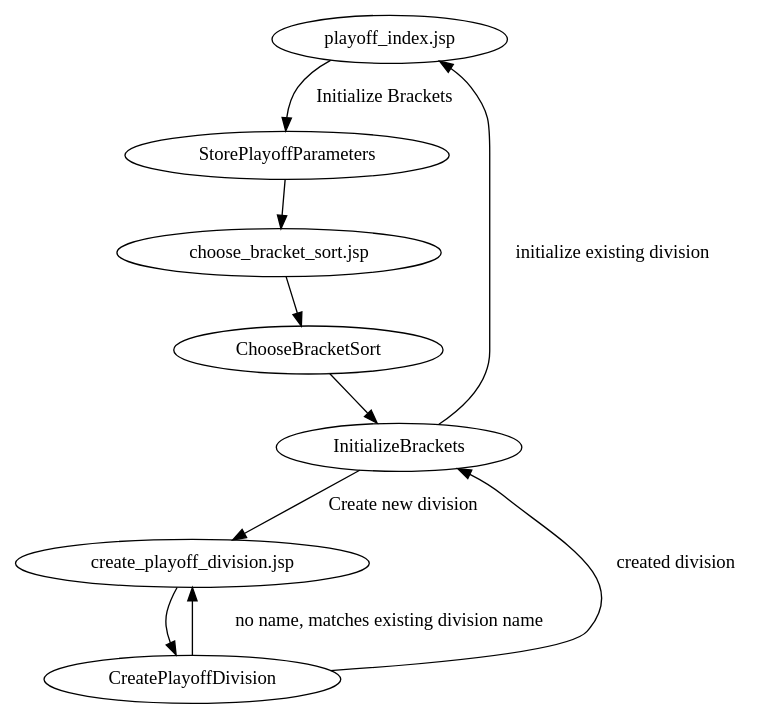
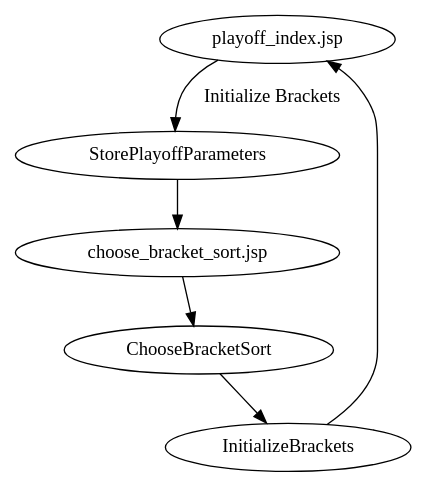
One commit to jpschewe/fll-sw changed the diagram in scoring/docs/workflows/initialize-playoff-bracket.dot. Above: the diagram before and after it, drawn with Graphviz. The commit also changed 17 other files, not shown here.

First line of the commit message:
Separate creating playoff brackets from initializing playoff brackets

```diff
--- a/scoring/docs/workflows/initialize-playoff-bracket.dot
+++ b/scoring/docs/workflows/initialize-playoff-bracket.dot
@@ -1,21 +1,12 @@
 digraph initialize_playoff_bracket {
 
 "playoff_index.jsp" -> StorePlayoffParameters [label="Initialize Brackets"];
 
 StorePlayoffParameters -> "choose_bracket_sort.jsp";
 
 "choose_bracket_sort.jsp" -> ChooseBracketSort;
 
 ChooseBracketSort -> InitializeBrackets;
 
-InitializeBrackets -> "playoff_index.jsp" [label="initialize existing division"];
-
-InitializeBrackets -> "create_playoff_division.jsp" [label="Create new division"];
-
-"create_playoff_division.jsp" -> CreatePlayoffDivision;
-
-CreatePlayoffDivision -> "create_playoff_division.jsp" [label="no name, matches existing division name"];
-
-CreatePlayoffDivision -> InitializeBrackets [label="created division"];
-
+InitializeBrackets -> "playoff_index.jsp";
 }
```
